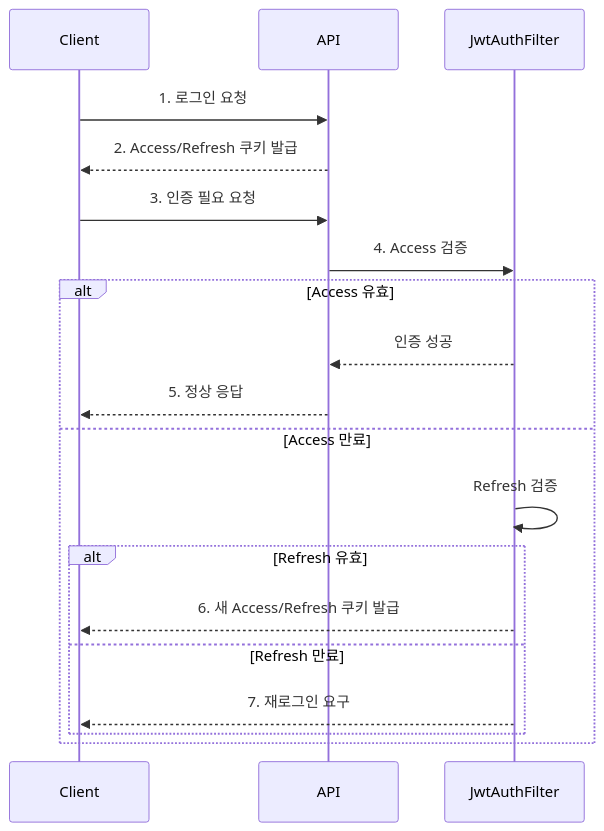
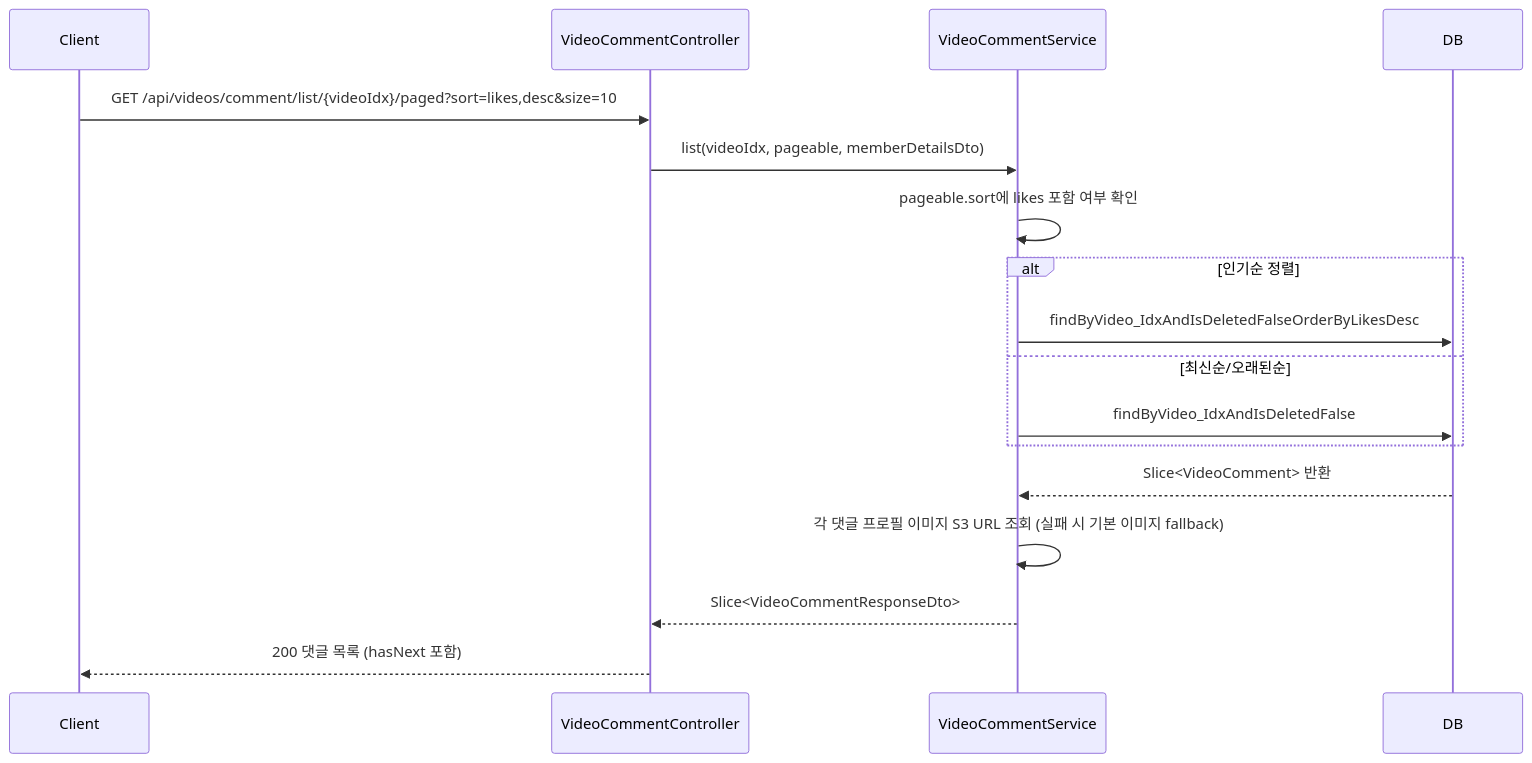
One commit to raccoon-coding/FlowBox-DaBom changed the second of 2 diagrams in README.md. Above: the diagram before and after it, drawn with Mermaid. The commit also changed other lines of this file, not shown here.

````diff
--- a/README.md
+++ b/README.md
@@ -141,23 +124,20 @@
 ```mermaid
 sequenceDiagram
     participant Client
-    participant API
-    participant Auth as JwtAuthFilter
+    participant API as VideoCommentController
+    participant Svc as VideoCommentService
+    participant DB
 
-    Client->>API: 1. 로그인 요청
-    API-->>Client: 2. Access/Refresh 쿠키 발급
-
-    Client->>API: 3. 인증 필요 요청
-    API->>Auth: 4. Access 검증
-    alt Access 유효
-        Auth-->>API: 인증 성공
-        API-->>Client: 5. 정상 응답
-    else Access 만료
-        Auth->>Auth: Refresh 검증
-        alt Refresh 유효
-            Auth-->>Client: 6. 새 Access/Refresh 쿠키 발급
-        else Refresh 만료
-            Auth-->>Client: 7. 재로그인 요구
-        end
+    Client->>API: GET /api/videos/comment/list/{videoIdx}/paged?sort=likes,desc&size=10
+    API->>Svc: list(videoIdx, pageable, memberDetailsDto)
+    Svc->>Svc: pageable.sort에 likes 포함 여부 확인
+    alt 인기순 정렬
+        Svc->>DB: findByVideo_IdxAndIsDeletedFalseOrderByLikesDesc
+    else 최신순/오래된순
+        Svc->>DB: findByVideo_IdxAndIsDeletedFalse
     end
+    DB-->>Svc: Slice<VideoComment> 반환
+    Svc->>Svc: 각 댓글 프로필 이미지 S3 URL 조회 (실패 시 기본 이미지 fallback)
+    Svc-->>API: Slice<VideoCommentResponseDto>
+    API-->>Client: 200 댓글 목록 (hasNext 포함)
 ```
````
